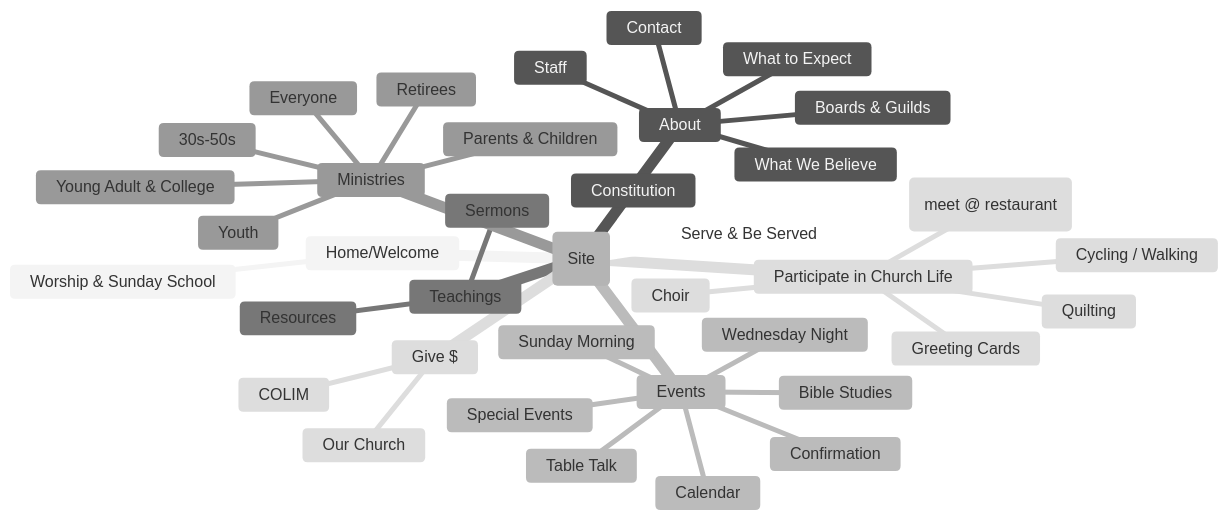
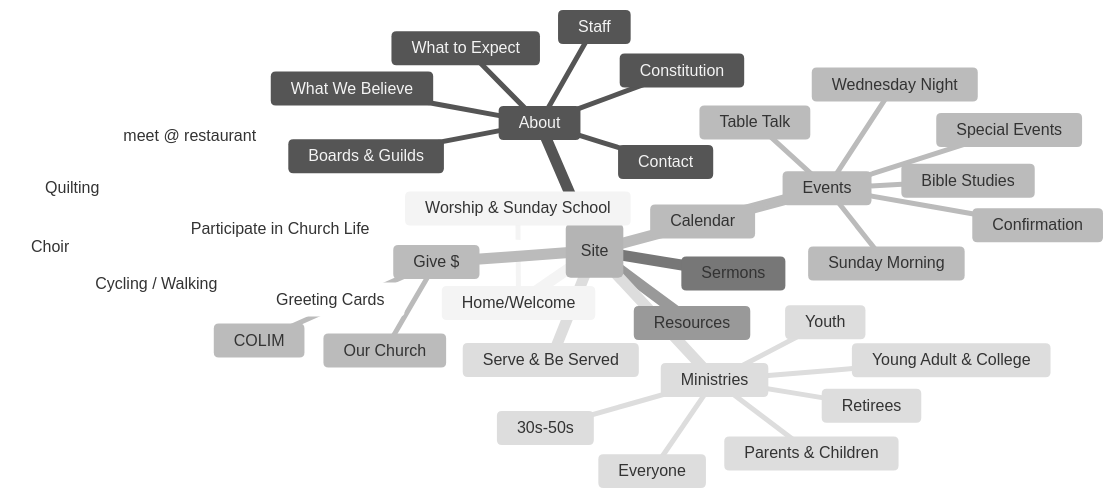
The diagram in README.md (brain-fuel/org.hopelutheransunbury), drawn with Mermaid (neutral theme) before and after one commit.

Commit message:
reorganize

````diff
--- a/README.md
+++ b/README.md
@@ -3,41 +3,40 @@
 ```mermaid
 mindmap
 root(Site)
   Home/Welcome
     Worship & Sunday School
   About
     What to Expect
     What We Believe
     Constitution
     Contact
     Staff
     Boards & Guilds
   Events
     Sunday Morning
     Wednesday Night
     Special Events
     Bible Studies
     Table Talk
     Confirmation
     Calendar
-  Teachings
-    Sermons
-    Resources
+  Sermons
+  Resources
   Ministries
     Everyone
     Parents & Children
     Youth
     Young Adult & College
     30s-50s
     Retirees
   Participate in Church Life
     Choir
     Cycling / Walking
     Greeting Cards
     Quilting
     Terrific Tuesdays (meet @ restaurant)
   Serve & Be Served
   Give $
     Our Church
     COLIM
 ```
````
